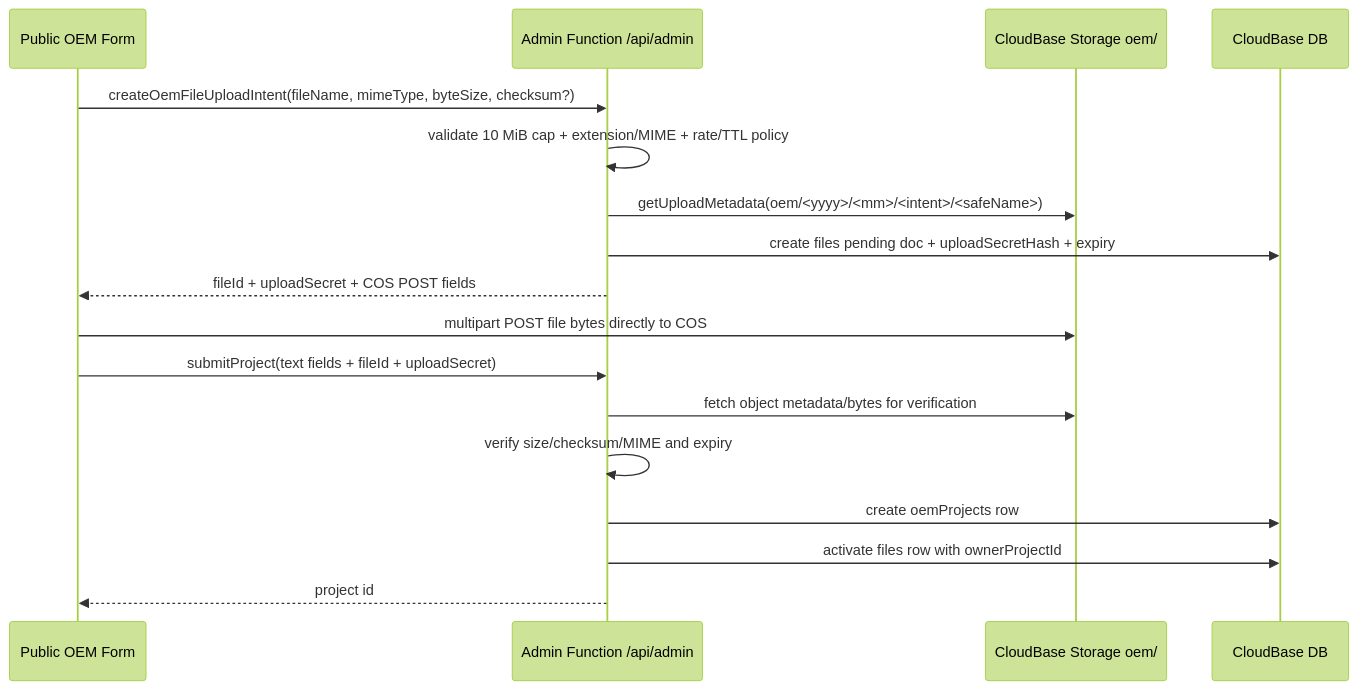
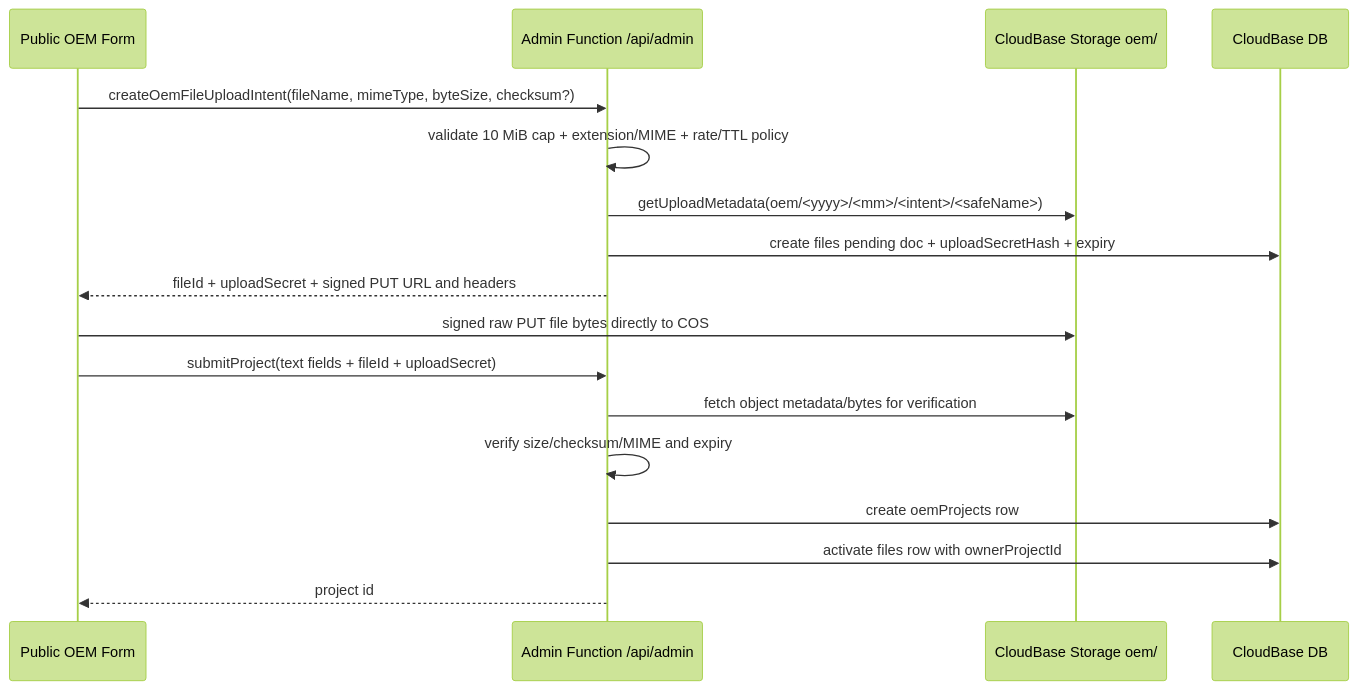
The seventh of 8 diagrams in docs/IMAGE_UPLOAD_STORAGE_DESIGN.md (vibelingan/channel), drawn with Mermaid (forest theme) before and after one commit. The commit also changed other lines of this file and 8 other files, not shown here.

````diff
--- a/docs/IMAGE_UPLOAD_STORAGE_DESIGN.md
+++ b/docs/IMAGE_UPLOAD_STORAGE_DESIGN.md
@@ -1787,20 +1803,20 @@
 ```mermaid
 sequenceDiagram
   participant Browser as Public OEM Form
   participant AdminFn as Admin Function /api/admin
   participant Storage as CloudBase Storage oem/
   participant DB as CloudBase DB
 
   Browser->>AdminFn: createOemFileUploadIntent(fileName, mimeType, byteSize, checksum?)
   AdminFn->>AdminFn: validate 10 MiB cap + extension/MIME + rate/TTL policy
   AdminFn->>Storage: getUploadMetadata(oem/<yyyy>/<mm>/<intent>/<safeName>)
   AdminFn->>DB: create files pending doc + uploadSecretHash + expiry
-  AdminFn-->>Browser: fileId + uploadSecret + COS POST fields
-  Browser->>Storage: multipart POST file bytes directly to COS
+  AdminFn-->>Browser: fileId + uploadSecret + signed PUT URL and headers
+  Browser->>Storage: signed raw PUT file bytes directly to COS
   Browser->>AdminFn: submitProject(text fields + fileId + uploadSecret)
   AdminFn->>Storage: fetch object metadata/bytes for verification
   AdminFn->>AdminFn: verify size/checksum/MIME and expiry
   AdminFn->>DB: create oemProjects row
   AdminFn->>DB: activate files row with ownerProjectId
   AdminFn-->>Browser: project id
 ```
````
